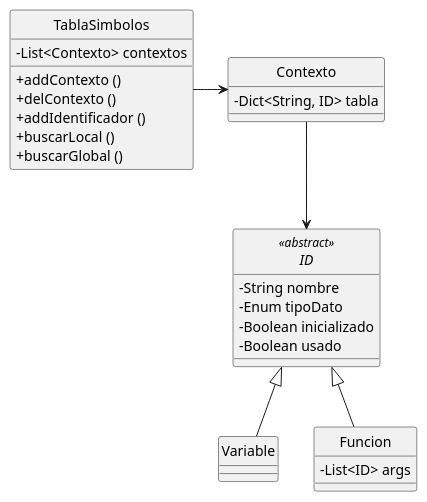
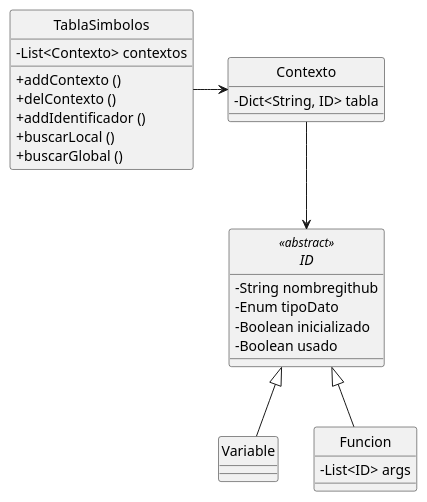
One commit to tiziberto/dhs2024-main-bertorello changed the diagram in TablaSimbolos.puml. Above: the diagram before and after it, drawn with PlantUML. The commit also changed 4 other files, not shown here.

```diff
--- a/TablaSimbolos.puml
+++ b/TablaSimbolos.puml
@@ -1,36 +1,36 @@
 @startuml TablaSimbolos
 
 skinparam ClassAttributeIconSize 0
 hide circle
 
 class TablaSimbolos {
     - List<Contexto> contextos
     + addContexto ()
     + delContexto ()
     + addIdentificador ()
     + buscarLocal ()
     + buscarGlobal ()
 }
 
 class Contexto {
     - Dict<String, ID> tabla
 }
 
 abstract class ID <<abstract>> {
-    - String nombre
+    - String nombregithub
     - Enum tipoDato
     - Boolean inicializado
     - Boolean usado
 }
 
 class Variable
 class Funcion {
     - List<ID> args
 }
 
 TablaSimbolos -> Contexto
 Contexto --> ID
 ID <|-- Variable
 ID <|-- Funcion
 
 @enduml
```
